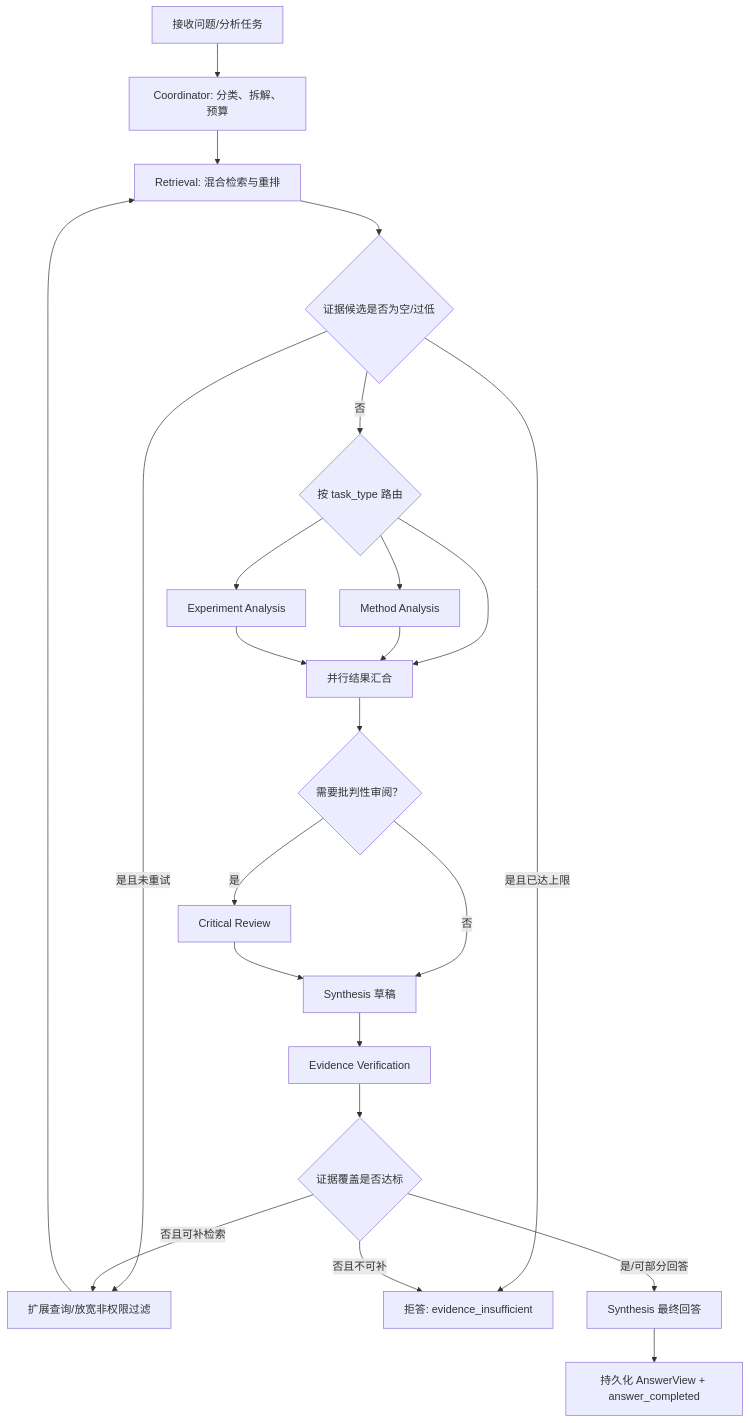
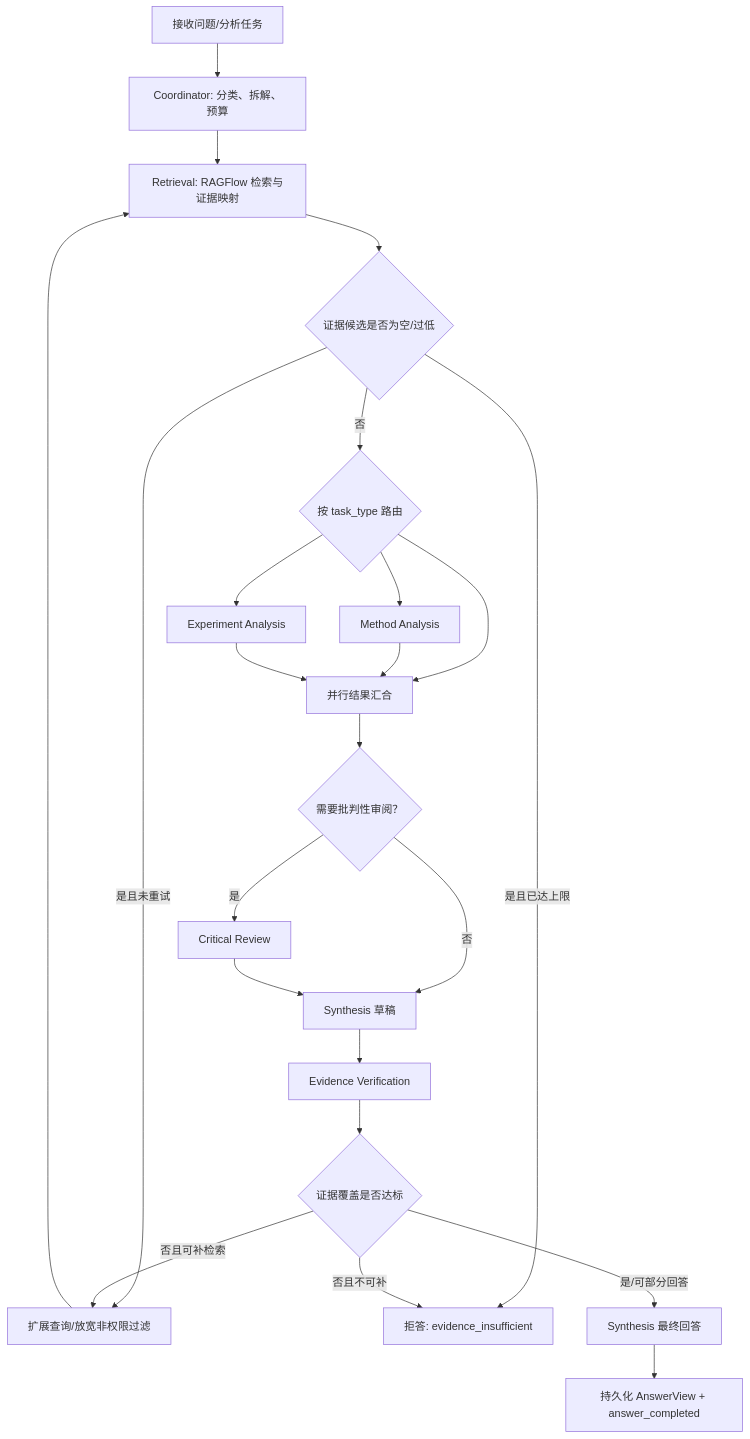
Before and after one commit to szy2334/ragflow-course-project: the third of 11 diagrams in 科研论文智能阅读系统_完整项目设计文档.md, drawn with Mermaid. The commit also changed other lines of this file, not shown here.

Commit message:
docs: adopt MinerU and RAGFlow pipeline

```diff
--- a/科研论文智能阅读系统_完整项目设计文档.md
+++ b/科研论文智能阅读系统_完整项目设计文档.md
@@ -556,24 +557,24 @@
 ~~~mermaid
 flowchart TD
     A["接收问题/分析任务"] --> B["Coordinator: 分类、拆解、预算"]
-    B --> C["Retrieval: 混合检索与重排"]
+    B --> C["Retrieval: RAGFlow 检索与证据映射"]
     C --> D{"证据候选是否为空/过低"}
     D -- "是且未重试" --> C2["扩展查询/放宽非权限过滤"] --> C
     D -- "是且已达上限" --> R["拒答: evidence_insufficient"]
     D -- "否" --> P{"按 task_type 路由"}
     P --> M["Method Analysis"]
     P --> E["Experiment Analysis"]
     P --> J["无需专项分析"]
     M --> J["并行结果汇合"]
     E --> J
     J --> K{"需要批判性审阅？"}
     K -- "是" --> CR["Critical Review"]
     K -- "否" --> SD["Synthesis 草稿"]
     CR --> SD
     SD --> V["Evidence Verification"]
     V --> VQ{"证据覆盖是否达标"}
     VQ -- "否且可补检索" --> C2
     VQ -- "否且不可补" --> R
     VQ -- "是/可部分回答" --> S["Synthesis 最终回答"]
     S --> O["持久化 AnswerView + answer_completed"]
 ~~~
```
